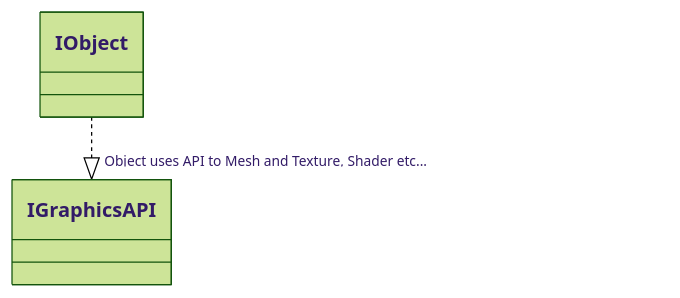
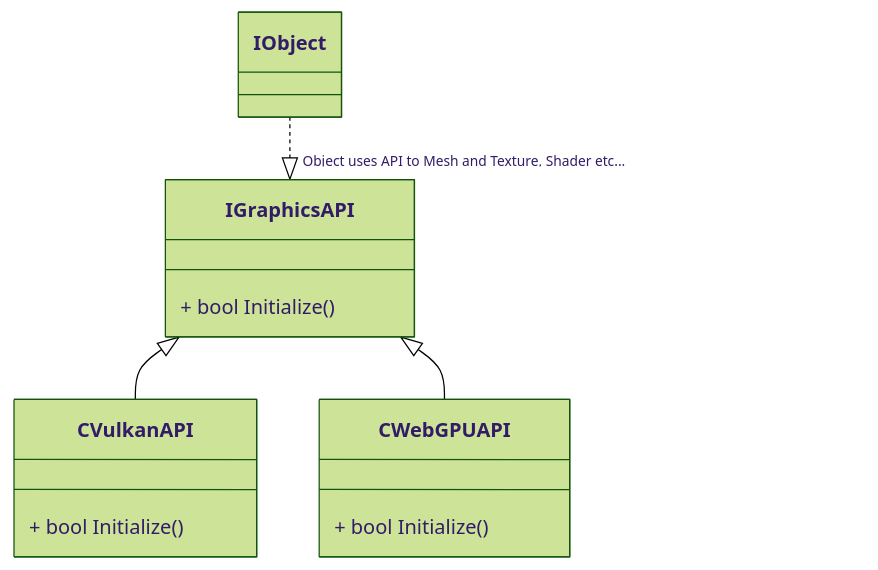
Before and after one commit to HaruoOgawa/Garnet: the diagram in Garnet/UML/GraphicsStructure.md, drawn with Mermaid (forest theme).

````diff
--- a/Garnet/UML/GraphicsStructure.md
+++ b/Garnet/UML/GraphicsStructure.md
@@ -1,13 +1,25 @@
 ```mermaid
 classDiagram
   class IObject{
   
   }
 
   class IGraphicsAPI{
-  
+    + bool Initialize()
   }
   
   IObject ..|> "Object uses API to Mesh and Texture, Shader etc..." IGraphicsAPI
 
+  class CVulkanAPI{
+    + bool Initialize()
+  }
+  
+  IGraphicsAPI <|-- CVulkanAPI
+  
+  class CWebGPUAPI{
+    + bool Initialize()
+  }
+  
+  IGraphicsAPI <|-- CWebGPUAPI
+
 ```
````
